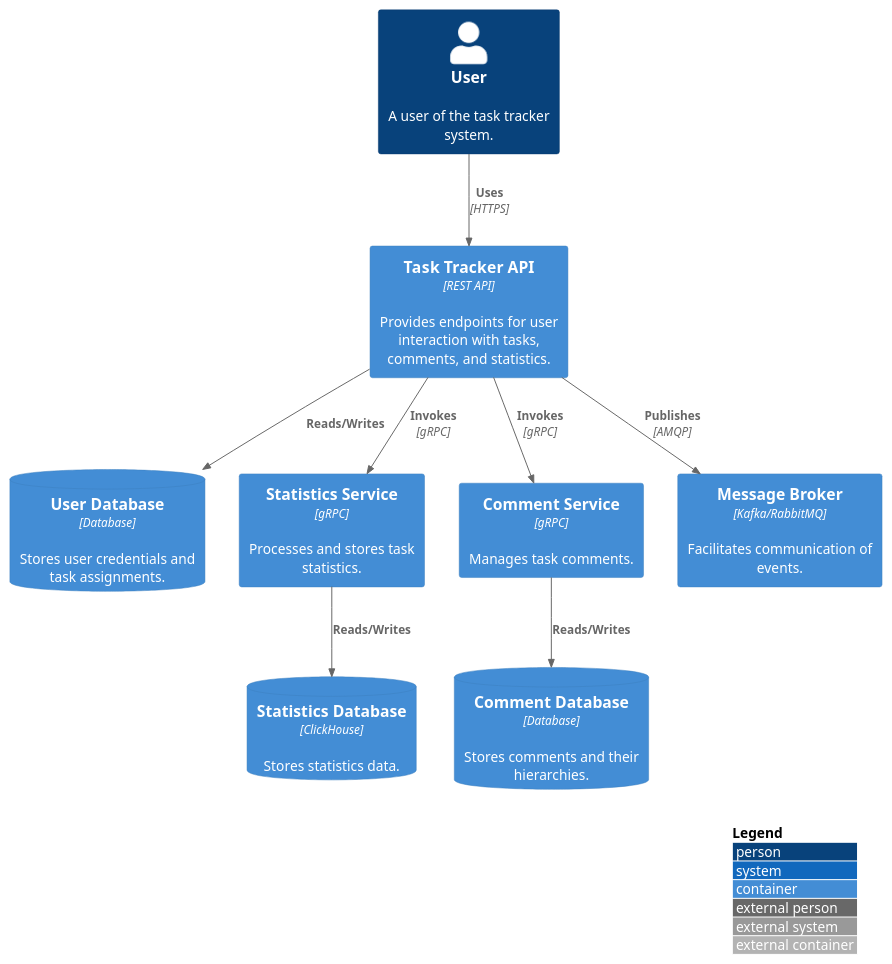
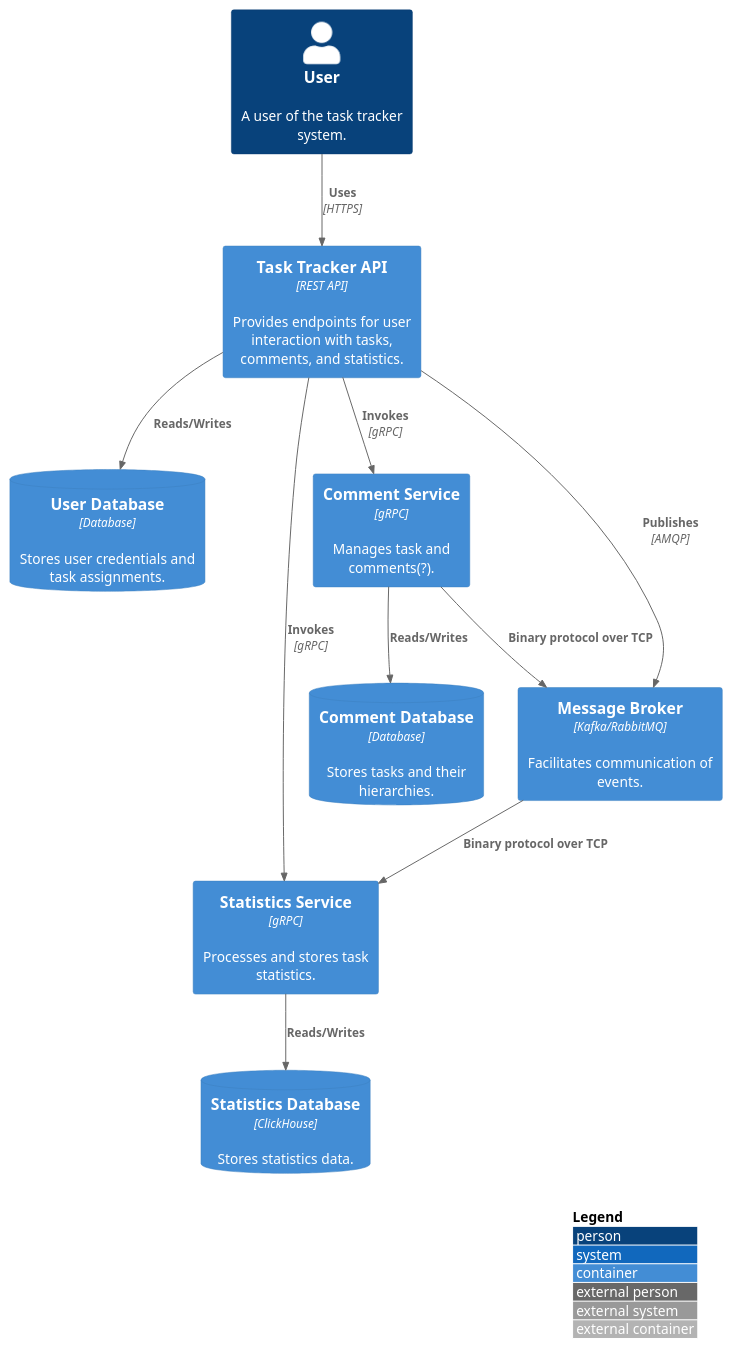
The diagram in docs/c4_containers_diagram.puml (Pelanglene/SOA), drawn with PlantUML before and after one commit. The commit also changed 1 other file, not shown here.

```diff
--- a/docs/c4_containers_diagram.puml
+++ b/docs/c4_containers_diagram.puml
@@ -1,22 +1,25 @@
 @startuml
 !include https://raw.githubusercontent.com/plantuml-stdlib/C4-PlantUML/latest/C4_Container.puml
 
 LAYOUT_WITH_LEGEND()
 
 Person(user, "User", "A user of the task tracker system.")
 Container(taskTrackerApi, "Task Tracker API", "REST API", "Provides endpoints for user interaction with tasks, comments, and statistics.")
 ContainerDb(userDatabase, "User Database", "Database", "Stores user credentials and task assignments.")
 Container(statisticsService, "Statistics Service", "gRPC", "Processes and stores task statistics.")
 ContainerDb(statisticsDatabase, "Statistics Database", "ClickHouse", "Stores statistics data.")
-Container(commentService, "Comment Service", "gRPC", "Manages task comments.")
-ContainerDb(commentDatabase, "Comment Database", "Database", "Stores comments and their hierarchies.")
+Container(commentService, "Comment Service", "gRPC", "Manages task and comments(?).")
+ContainerDb(commentDatabase, "Comment Database", "Database", "Stores tasks and their hierarchies.")
 Container(broker, "Message Broker", "Kafka/RabbitMQ", "Facilitates communication of events.")
 
 Rel(user, taskTrackerApi, "Uses", "HTTPS")
 Rel(taskTrackerApi, userDatabase, "Reads/Writes")
 Rel(taskTrackerApi, statisticsService, "Invokes", "gRPC")
 Rel(taskTrackerApi, commentService, "Invokes", "gRPC")
 Rel(taskTrackerApi, broker, "Publishes", "AMQP")
+Rel(commentService, broker, "Binary protocol over TCP")
+Rel(broker, statisticsService, "Binary protocol over TCP")
 Rel(statisticsService, statisticsDatabase, "Reads/Writes")
 Rel(commentService, commentDatabase, "Reads/Writes")
+
 @enduml
```
